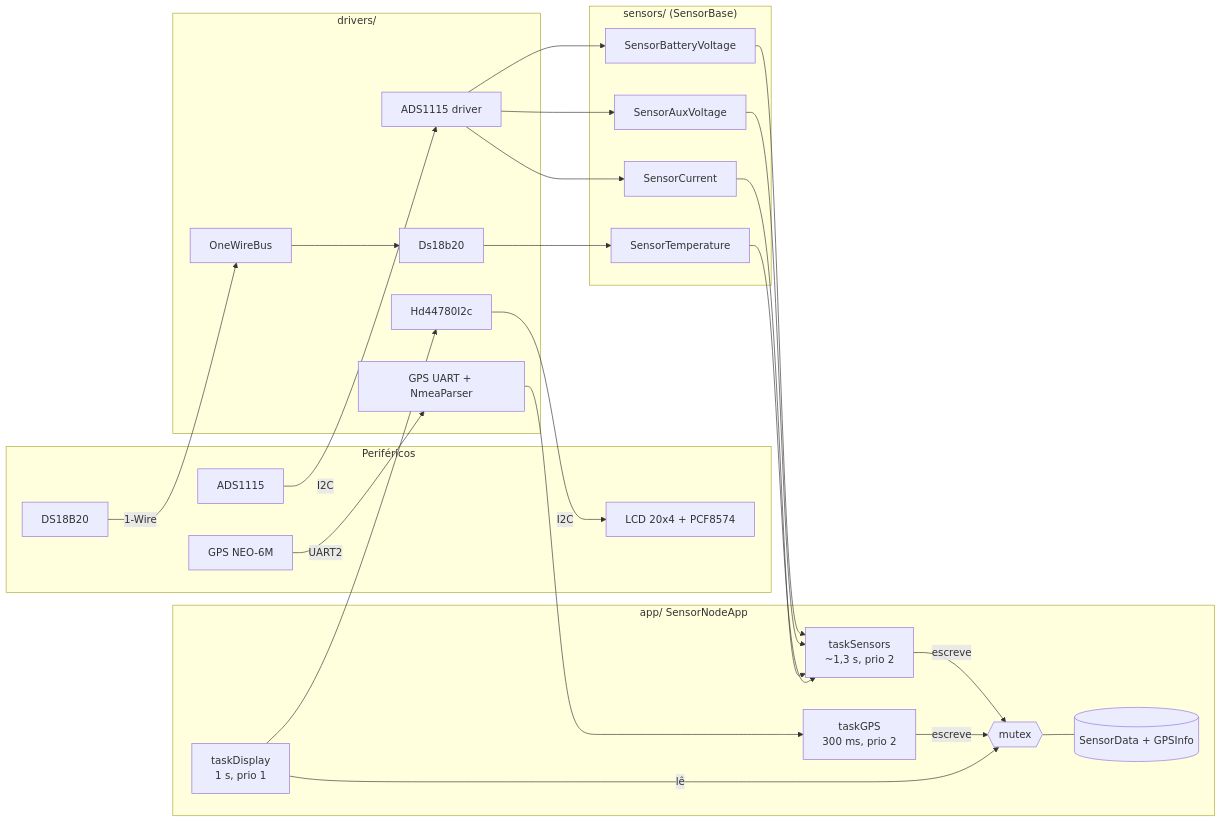
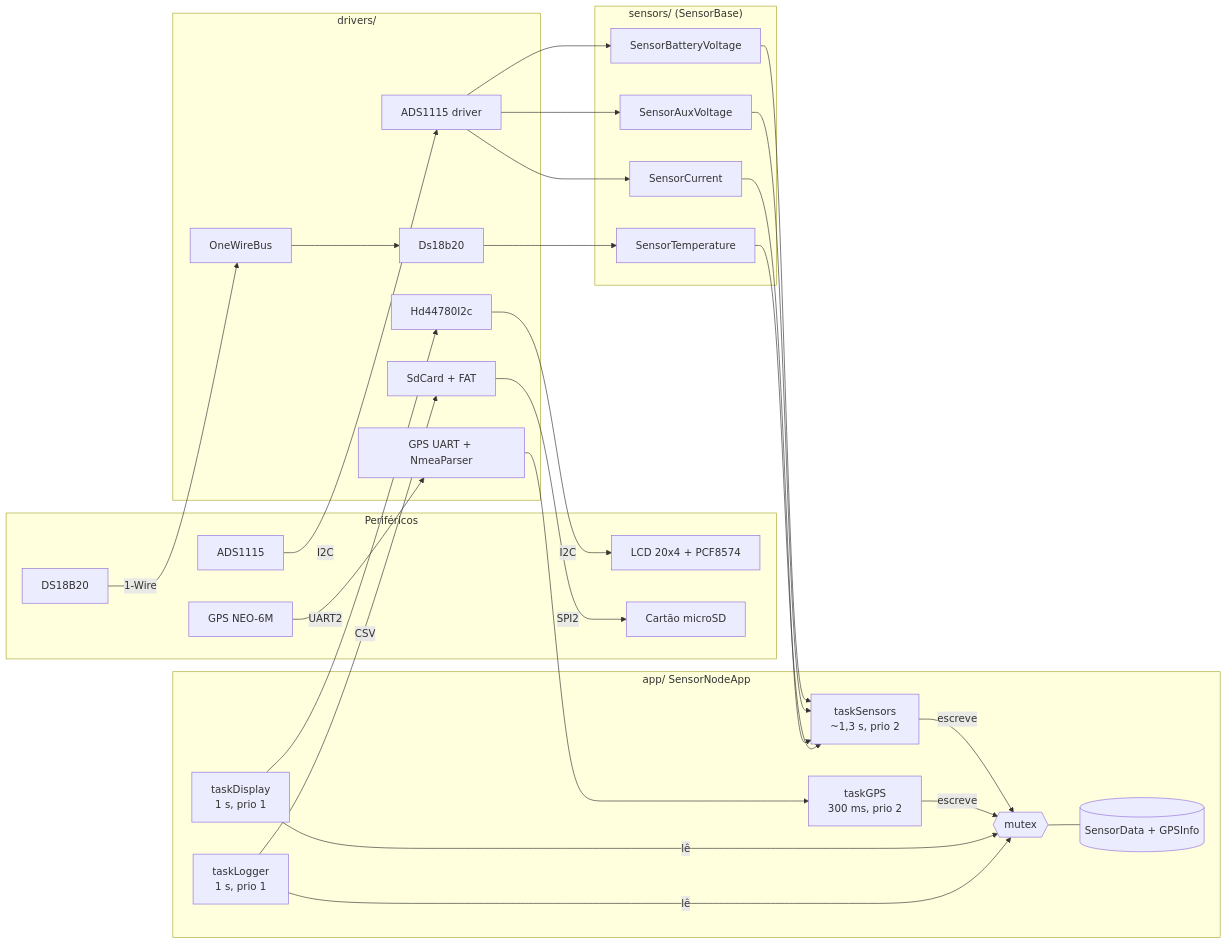
One commit to ruppertcaio/esp32-solar-boat-telemetry changed the diagram in README.md. Above: the diagram before and after it, drawn with Mermaid. The commit also changed other lines of this file and 10 other files, not shown here.

First line of the commit message:
feat: CSV logging to SD card

````diff
--- a/README.md
+++ b/README.md
@@ -37,47 +37,53 @@
 ```mermaid
 flowchart LR
     subgraph HW["Periféricos"]
         ADS[ADS1115]
         LCDHW[LCD 20x4 + PCF8574]
         GPSHW[GPS NEO-6M]
         DSHW[DS18B20]
+        SDHW[Cartão microSD]
     end
 
     subgraph DRV["drivers/"]
         ADSD[ADS1115 driver]
         LCDD[Hd44780I2c]
         GPSD[GPS UART + NmeaParser]
         OW[OneWireBus] --> DSD[Ds18b20]
+        SDD[SdCard + FAT]
     end
 
     subgraph SEN["sensors/ (SensorBase)"]
         VB[SensorBatteryVoltage]
         VA[SensorAuxVoltage]
         CUR[SensorCurrent]
         TMP[SensorTemperature]
     end
 
     subgraph APP["app/ SensorNodeApp"]
         TS["taskSensors<br/>~1,3 s, prio 2"]
         TG["taskGPS<br/>300 ms, prio 2"]
         TD["taskDisplay<br/>1 s, prio 1"]
+        TL["taskLogger<br/>1 s, prio 1"]
         DATA[("SensorData + GPSInfo")]
         MTX{{mutex}}
     end
 
     ADS -- I2C --> ADSD
     DSHW -- 1-Wire --> OW
     GPSHW -- UART2 --> GPSD
     LCDD -- I2C --> LCDHW
 
     ADSD --> VB & VA & CUR
     DSD --> TMP
     VB & VA & CUR & TMP --> TS
     GPSD --> TG
 
     TS -- escreve --> MTX
     TG -- escreve --> MTX
     MTX --- DATA
     TD -- lê --> MTX
     TD --> LCDD
+    TL -- lê --> MTX
+    TL -- CSV --> SDD
+    SDD -- SPI2 --> SDHW
 ```
````
